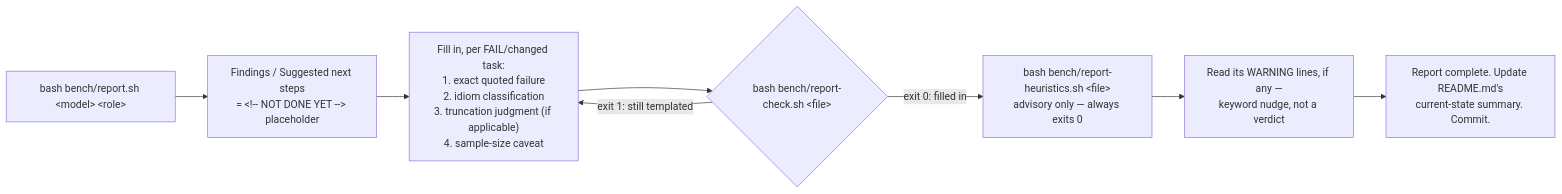
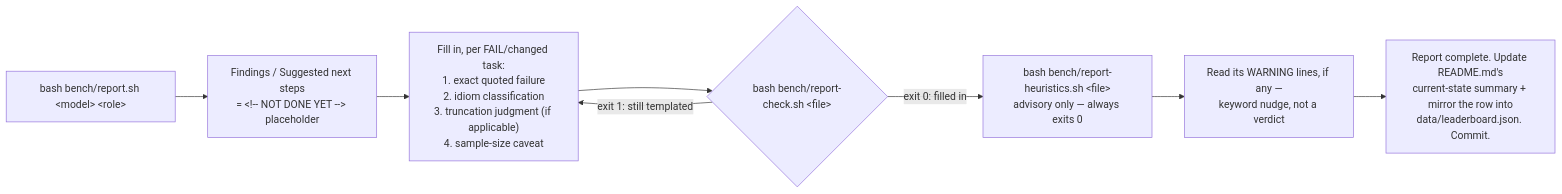
The third of 3 diagrams in docs/QUALITY-LOOP-WORKFLOW.md (peppekerstens/testlocalai), drawn with Mermaid before and after one commit. The commit also changed other lines of this file and 4 other files, not shown here.

````diff
--- a/docs/QUALITY-LOOP-WORKFLOW.md
+++ b/docs/QUALITY-LOOP-WORKFLOW.md
@@ -130,10 +134,10 @@
 ```mermaid
 flowchart LR
     RUN["bash bench/report.sh &lt;model&gt; &lt;role&gt;"] --> TPL["Findings / Suggested next steps<br/>= &lt;!-- NOT DONE YET --&gt; placeholder"]
     TPL --> FILL["Fill in, per FAIL/changed task:<br/>1. exact quoted failure<br/>2. idiom classification<br/>3. truncation judgment (if applicable)<br/>4. sample-size caveat"]
     FILL --> GATE{"bash bench/report-check.sh &lt;file&gt;"}
     GATE -- "exit 1: still templated" --> FILL
     GATE -- "exit 0: filled in" --> ADV["bash bench/report-heuristics.sh &lt;file&gt;<br/>advisory only — always exits 0"]
     ADV --> READ["Read its WARNING lines, if any —<br/>keyword nudge, not a verdict"]
-    READ --> DONE["Report complete. Update README.md's<br/>current-state summary. Commit."]
+    READ --> DONE["Report complete. Update README.md's<br/>current-state summary + mirror the row into<br/>data/leaderboard.json. Commit."]
 ```
````
